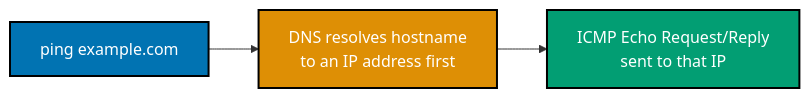
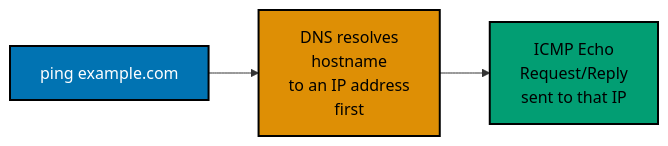
Before and after one commit to wahidyankf/ose-public: the fifth of 11 diagrams in apps/ayokoding-www/content/en/learn/courses/networking-essentials/learning/beginner.md, drawn with Mermaid. The commit also changed other lines of this file and 145 other files, not shown here.

First line of the commit message:
fix(mermaid): bring the second half of the courses diagrams onto the accessible palette

````diff
--- a/apps/ayokoding-www/content/en/learn/courses/networking-essentials/learning/beginner.md
+++ b/apps/ayokoding-www/content/en/learn/courses/networking-essentials/learning/beginner.md
@@ -379,10 +391,13 @@
 ```mermaid
 %% Color Palette: Blue #0173B2, Orange #DE8F05, Teal #029E73
 graph LR
-    A["ping example.com"]:::blue --> B["DNS resolves hostname<br/>to an IP address first"]:::orange
-    B --> C["ICMP Echo Request/Reply<br/>sent to that IP"]:::teal
+    accTitle: Example 10: ping Shows the Resolved IP
+    accDescr: Graph with 3 nodes and 2 connections. Nodes: ping example.com, DNS resolves hostname to an IP address first, ICMP Echo Request/Reply sent to that IP. Connections: ping example.com to DNS resolves hostname to an IP address first, DNS resolves hostname to an IP address first to ICMP Echo Request/Reply sent to that IP.
+    A["ping example.com"]:::blue --> B["DNS resolves<br/>hostname<br/>to an IP address<br/>first"]:::orange
+    B --> C["ICMP Echo<br/>Request/Reply<br/>sent to that IP"]:::teal
 
     classDef blue fill:#0173B2,stroke:#000000,color:#FFFFFF,stroke-width:2px
-    classDef orange fill:#DE8F05,stroke:#000000,color:#FFFFFF,stroke-width:2px
-    classDef teal fill:#029E73,stroke:#000000,color:#FFFFFF,stroke-width:2px
+    classDef orange fill:#DE8F05,stroke:#000000,color:#000000,stroke-width:2px
+    classDef teal fill:#029E73,stroke:#000000,color:#000000,stroke-width:2px
+    classDef default fill:#FFFFFF,stroke:#000000,color:#000000
 ```
````
